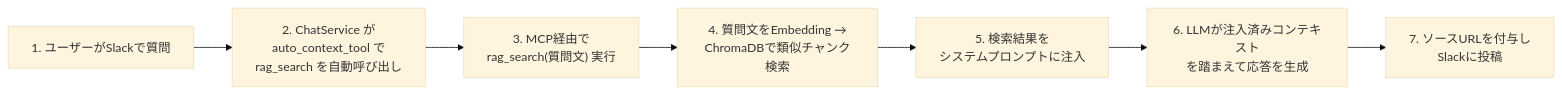
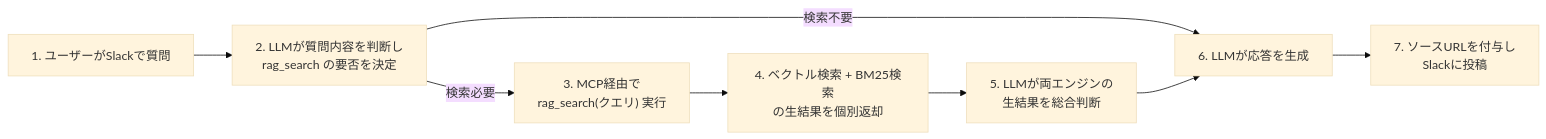
The second of 3 diagrams in docs/specs/f9-rag.md (becky3/learning-companion), drawn with Mermaid (base theme) before and after one commit. The commit also changed other lines of this file and 7 other files, not shown here.

````diff
--- a/docs/specs/f9-rag.md
+++ b/docs/specs/f9-rag.md
@@ -65,9 +65,10 @@
 ```mermaid
 flowchart LR
-    A["1. ユーザーがSlackで質問"] --> B["2. ChatService が<br/>auto_context_tool で<br/>rag_search を自動呼び出し"]
-    B --> C["3. MCP経由で<br/>rag_search(質問文) 実行"]
-    C --> D["4. 質問文をEmbedding →<br/>ChromaDBで類似チャンク検索"]
-    D --> E["5. 検索結果を<br/>システムプロンプトに注入"]
-    E --> F["6. LLMが注入済みコンテキスト<br/>を踏まえて応答を生成"]
+    A["1. ユーザーがSlackで質問"] --> B["2. LLMが質問内容を判断し<br/>rag_search の要否を決定"]
+    B -->|検索必要| C["3. MCP経由で<br/>rag_search(クエリ) 実行"]
+    B -->|検索不要| F
+    C --> D["4. ベクトル検索 + BM25検索<br/>の生結果を個別返却"]
+    D --> E["5. LLMが両エンジンの<br/>生結果を総合判断"]
+    E --> F["6. LLMが応答を生成"]
     F --> G["7. ソースURLを付与し<br/>Slackに投稿"]
 ```
````
